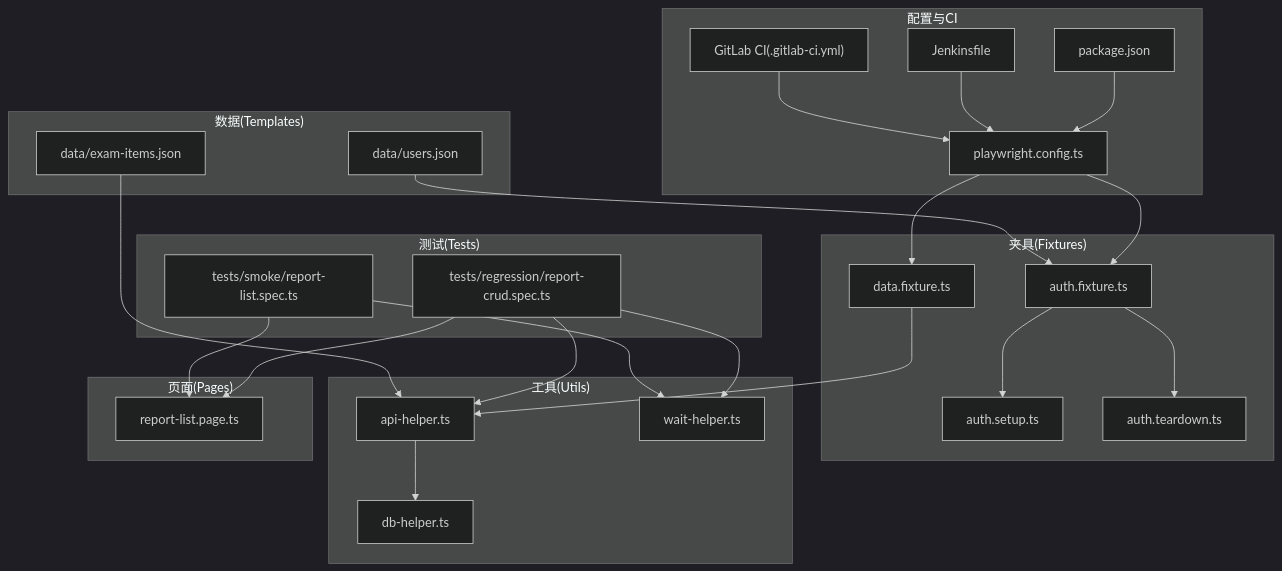
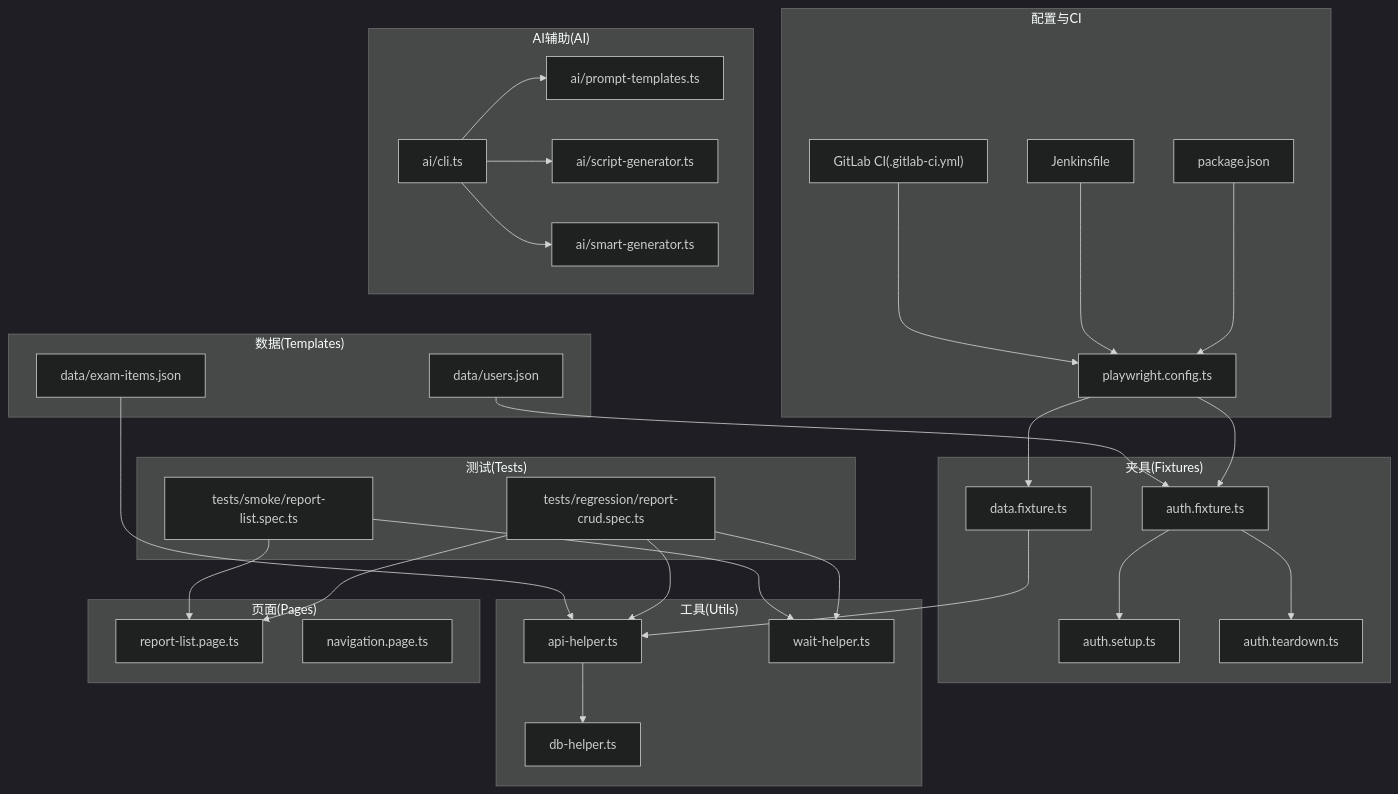
The first of 5 diagrams in .qoder/repowiki/zh/content/测试数据管理/测试数据操作.md (zzgoviziwind/--playwright), drawn with Mermaid (dark theme) before and after one commit. The commit also changed other lines of this file and 112 other files, not shown here.

````diff
--- a/.qoder/repowiki/zh/content/测试数据管理/测试数据操作.md
+++ b/.qoder/repowiki/zh/content/测试数据管理/测试数据操作.md
@@ -47,47 +61,57 @@
 ```mermaid
 graph TB
 subgraph "配置与CI"
 PC["playwright.config.ts"]
 PKG["package.json"]
 JF["Jenkinsfile"]
 GC["GitLab CI(.gitlab-ci.yml)"]
 end
 subgraph "夹具(Fixtures)"
 AF["auth.fixture.ts"]
 AS["auth.setup.ts"]
 AT["auth.teardown.ts"]
 DF["data.fixture.ts"]
 end
 subgraph "工具(Utils)"
 AH["api-helper.ts"]
 DH["db-helper.ts"]
 WH["wait-helper.ts"]
 end
 subgraph "页面(Pages)"
 RL["report-list.page.ts"]
+NP["navigation.page.ts"]
 end
 subgraph "测试(Tests)"
 RC["tests/regression/report-crud.spec.ts"]
 RS["tests/smoke/report-list.spec.ts"]
 end
 subgraph "数据(Templates)"
 UJ["data/users.json"]
 EJ["data/exam-items.json"]
+end
+subgraph "AI辅助(AI)"
+AICLI["ai/cli.ts"]
+AIPROMPT["ai/prompt-templates.ts"]
+AIGEN["ai/script-generator.ts"]
+AIMODIFY["ai/smart-generator.ts"]
 end
 PC --> AF
 PC --> DF
 AF --> AS
 AF --> AT
 DF --> AH
 RC --> AH
 RC --> RL
 RS --> RL
 AH --> DH
 RC --> WH
 RS --> WH
 UJ --> AF
 EJ --> AH
 PKG --> PC
 JF --> PC
 GC --> PC
+AICLI --> AIPROMPT
+AICLI --> AIGEN
+AICLI --> AIMODIFY
 ```
````
